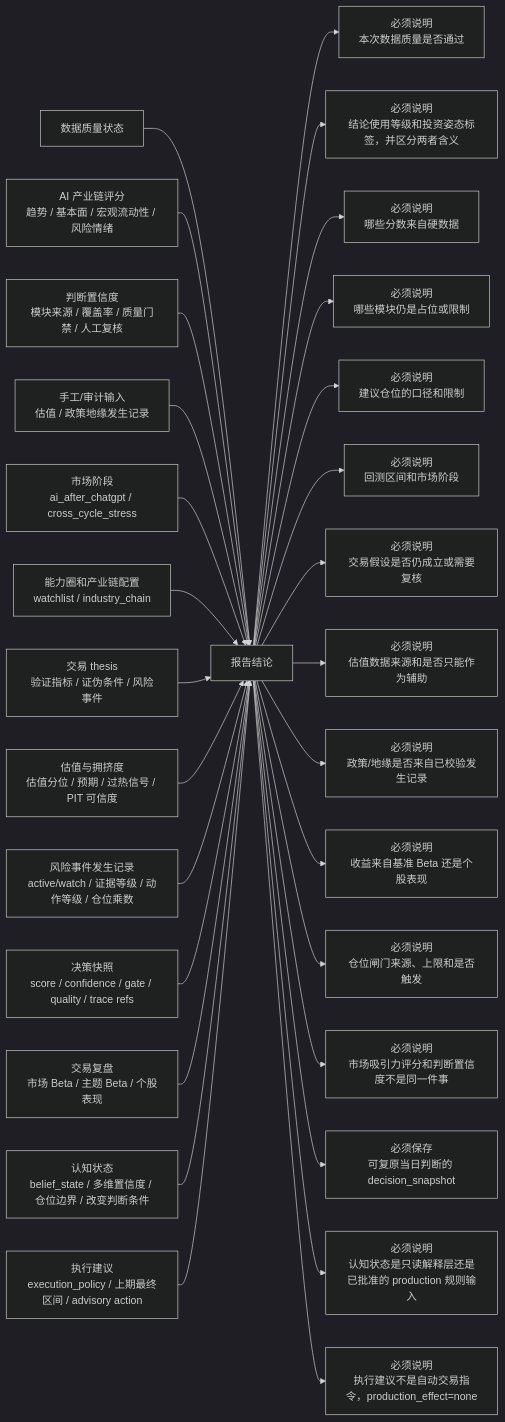
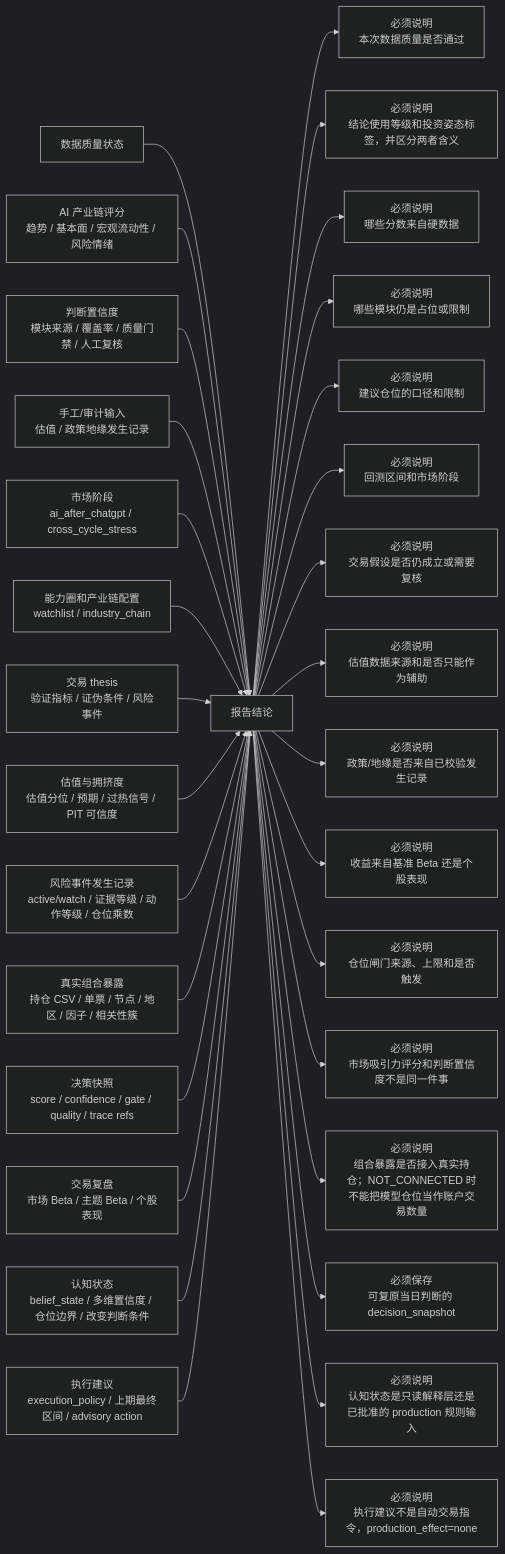
The fourth of 6 diagrams in docs/system_flow.md (AI-Trading-Collaboration/AITradingSystem), drawn with Mermaid (dark theme) before and after one commit. The commit also changed other lines of this file and 11 other files, not shown here.

````diff
--- a/docs/system_flow.md
+++ b/docs/system_flow.md
@@ -628,32 +645,34 @@
 ```mermaid
 flowchart LR
     A["数据质量状态"] --> E["报告结论"]
     B["AI 产业链评分<br/>趋势 / 基本面 / 宏观流动性 / 风险情绪"] --> E
     C2["判断置信度<br/>模块来源 / 覆盖率 / 质量门禁 / 人工复核"] --> E
     C["手工/审计输入<br/>估值 / 政策地缘发生记录"] --> E
     D["市场阶段<br/>ai_after_chatgpt / cross_cycle_stress"] --> E
     F["能力圈和产业链配置<br/>watchlist / industry_chain"] --> E
     L["交易 thesis<br/>验证指标 / 证伪条件 / 风险事件"] --> E
     N["估值与拥挤度<br/>估值分位 / 预期 / 过热信号 / PIT 可信度"] --> E
     Q["风险事件发生记录<br/>active/watch / 证据等级 / 动作等级 / 仓位乘数"] --> E
+    Y["真实组合暴露<br/>持仓 CSV / 单票 / 节点 / 地区 / 因子 / 相关性簇"] --> E
     U2["决策快照<br/>score / confidence / gate / quality / trace refs"] --> E
     P["交易复盘<br/>市场 Beta / 主题 Beta / 个股表现"] --> E
     S["认知状态<br/>belief_state / 多维置信度 / 仓位边界 / 改变判断条件"] --> E
     X["执行建议<br/>execution_policy / 上期最终区间 / advisory action"] --> E
 
     E --> G["必须说明<br/>本次数据质量是否通过"]
     E --> V2["必须说明<br/>结论使用等级和投资姿态标签，并区分两者含义"]
     E --> H["必须说明<br/>哪些分数来自硬数据"]
     E --> I["必须说明<br/>哪些模块仍是占位或限制"]
     E --> J["必须说明<br/>建议仓位的口径和限制"]
     E --> K["必须说明<br/>回测区间和市场阶段"]
     E --> M["必须说明<br/>交易假设是否仍成立或需要复核"]
     E --> O["必须说明<br/>估值数据来源和是否只能作为辅助"]
     E --> Q2["必须说明<br/>政策/地缘是否来自已校验发生记录"]
     E --> P2["必须说明<br/>收益来自基准 Beta 还是个股表现"]
     E --> R2["必须说明<br/>仓位闸门来源、上限和是否触发"]
     E --> T2["必须说明<br/>市场吸引力评分和判断置信度不是同一件事"]
+    E --> Y2["必须说明<br/>组合暴露是否接入真实持仓；NOT_CONNECTED 时不能把模型仓位当作账户交易数量"]
     E --> U3["必须保存<br/>可复原当日判断的 decision_snapshot"]
     E --> S2["必须说明<br/>认知状态是只读解释层还是已批准的 production 规则输入"]
     E --> X2["必须说明<br/>执行建议不是自动交易指令，production_effect=none"]
 ```
````
